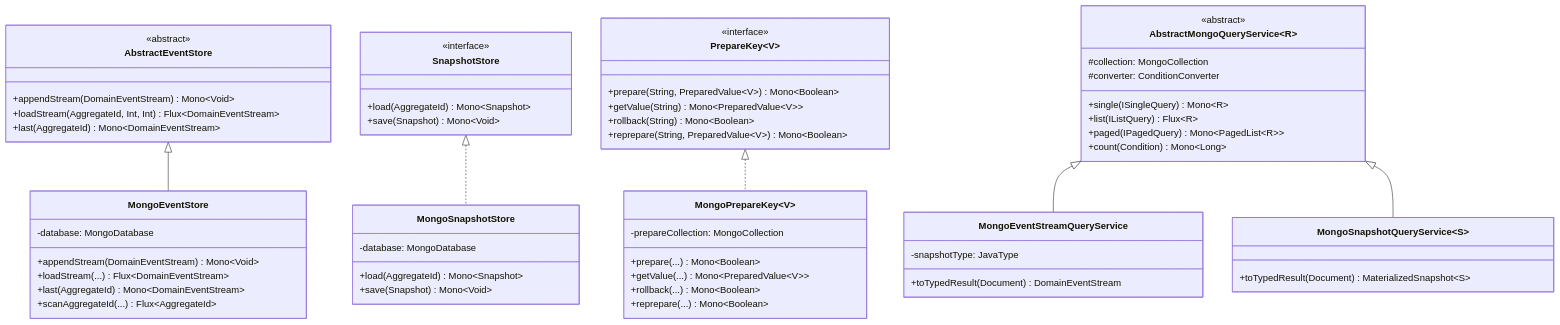
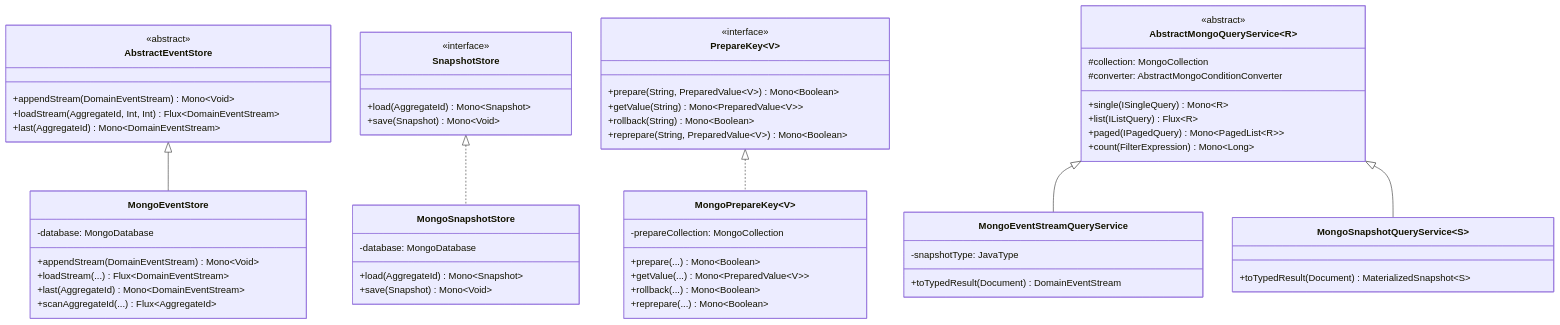
Before and after one commit to Ahoo-Wang/Wow: the third of 3 diagrams in documentation/docs/en/guide/extensions/mongo.md, drawn with Mermaid. The commit also changed other lines of this file and 157 other files, not shown here.

Commit message:
feat(query): introduce filter expression API (#2999)

````diff
--- a/documentation/docs/en/guide/extensions/mongo.md
+++ b/documentation/docs/en/guide/extensions/mongo.md
@@ -460,72 +461,72 @@
 ```mermaid
 classDiagram
     direction TB
 
     class AbstractEventStore {
         <<abstract>>
         +appendStream(DomainEventStream) Mono~Void~
         +loadStream(AggregateId, Int, Int) Flux~DomainEventStream~
         +last(AggregateId) Mono~DomainEventStream~
     }
 
     class MongoEventStore {
         -database: MongoDatabase
         +appendStream(DomainEventStream) Mono~Void~
         +loadStream(...) Flux~DomainEventStream~
         +last(AggregateId) Mono~DomainEventStream~
         +scanAggregateId(...) Flux~AggregateId~
     }
 
     class SnapshotStore {
         <<interface>>
         +load(AggregateId) Mono~Snapshot~
         +save(Snapshot) Mono~Void~
     }
 
     class MongoSnapshotStore {
         -database: MongoDatabase
         +load(AggregateId) Mono~Snapshot~
         +save(Snapshot) Mono~Void~
     }
 
     class PrepareKey~V~ {
         <<interface>>
         +prepare(String, PreparedValue~V~) Mono~Boolean~
         +getValue(String) Mono~PreparedValue~V~~
         +rollback(String) Mono~Boolean~
         +reprepare(String, PreparedValue~V~) Mono~Boolean~
     }
 
     class MongoPrepareKey~V~ {
         -prepareCollection: MongoCollection
         +prepare(...) Mono~Boolean~
         +getValue(...) Mono~PreparedValue~V~~
         +rollback(...) Mono~Boolean~
         +reprepare(...) Mono~Boolean~
     }
 
     class AbstractMongoQueryService~R~ {
         <<abstract>>
         #collection: MongoCollection
-        #converter: ConditionConverter
+        #converter: AbstractMongoConditionConverter
         +single(ISingleQuery) Mono~R~
         +list(IListQuery) Flux~R~
         +paged(IPagedQuery) Mono~PagedList~R~~
-        +count(Condition) Mono~Long~
+        +count(FilterExpression) Mono~Long~
     }
 
     class MongoEventStreamQueryService {
         -snapshotType: JavaType
         +toTypedResult(Document) DomainEventStream
     }
 
     class MongoSnapshotQueryService~S~ {
         +toTypedResult(Document) MaterializedSnapshot~S~
     }
 
     AbstractEventStore <|-- MongoEventStore
     SnapshotStore <|.. MongoSnapshotStore
     PrepareKey <|.. MongoPrepareKey
     AbstractMongoQueryService <|-- MongoEventStreamQueryService
     AbstractMongoQueryService <|-- MongoSnapshotQueryService
 ```
````
